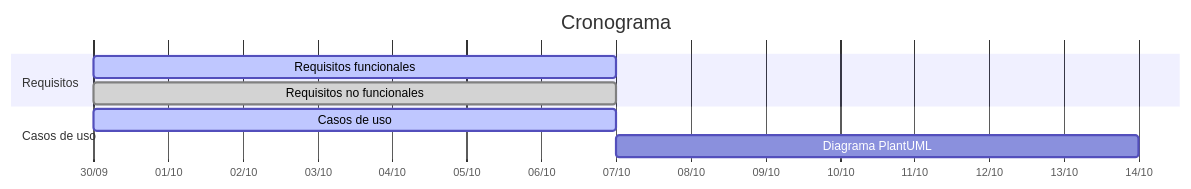
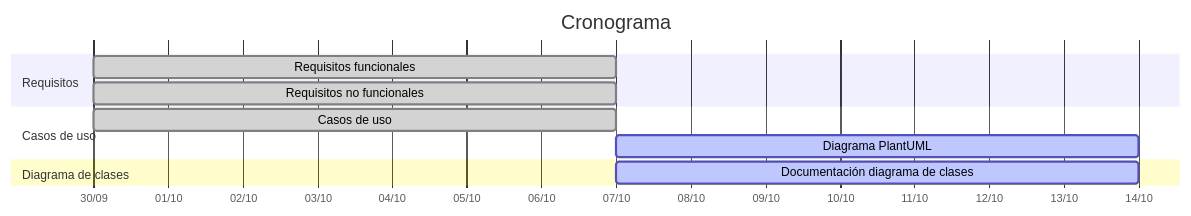
The diagram in Planificacion/Planificación.md (EVerjanoPerez/Grupo-Al-khwarizmi), drawn with Mermaid before and after one commit. The commit also changed other lines of this file and 2 other files, not shown here.

````diff
--- a/Planificacion/Planificación.md
+++ b/Planificacion/Planificación.md
@@ -23,12 +38,14 @@
 ```mermaid
 gantt
     title Cronograma
     dateFormat YYYY-MM-DD
     axisFormat %d/%m
     section Requisitos
-    Requisitos funcionales       :active, rf, 2026-09-30, 2026-10-07
+    Requisitos funcionales       :done, rf, 2026-09-30, 2026-10-07
     Requisitos no funcionales    :done, rnf, 2026-09-30, 2026-10-07
     section Casos de uso
-    Casos de uso                 :active, cu, 2026-09-30, 2026-10-07
-    Diagrama PlantUML            :dg, 2026-10-07, 2026-10-14
+    Casos de uso                 :done, cu, 2026-09-30, 2026-10-07
+    Diagrama PlantUML            :active, dg, 2026-10-07, 2026-10-14
+    section Diagrama de clases
+    Documentación diagrama de clases :active, dc, 2026-10-07, 2026-10-14
 ```
````
